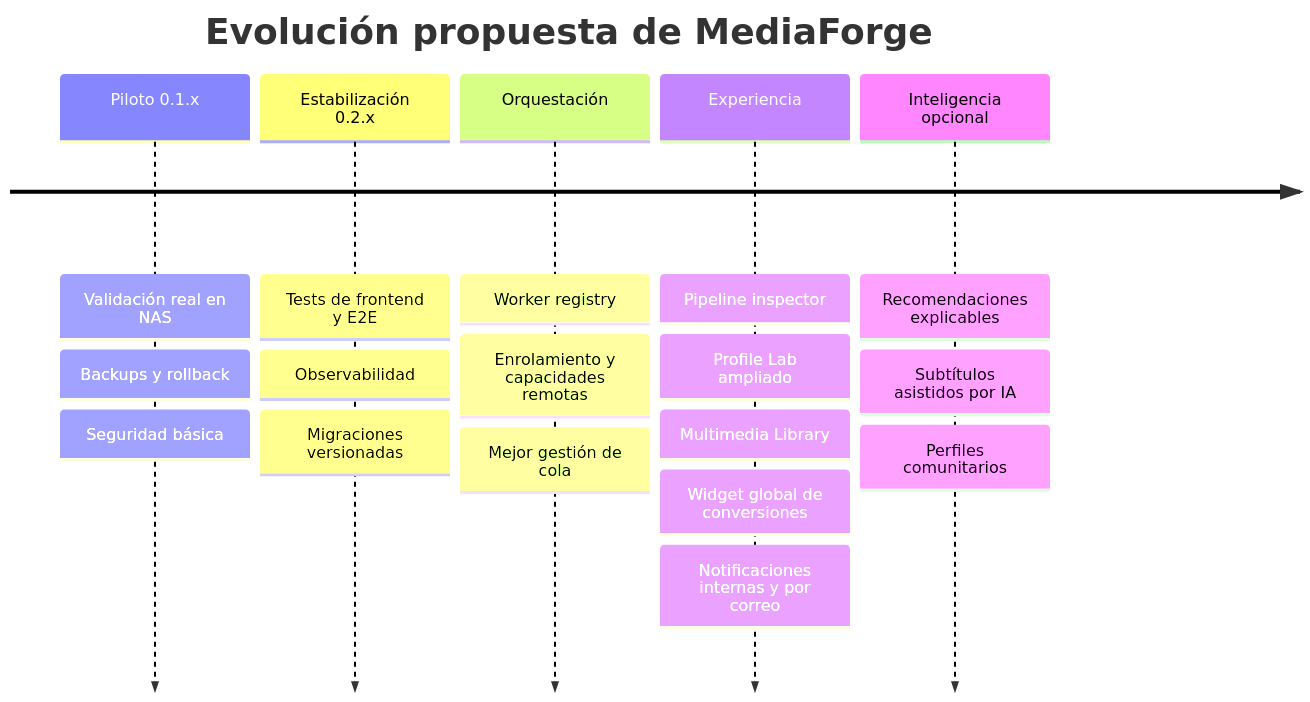
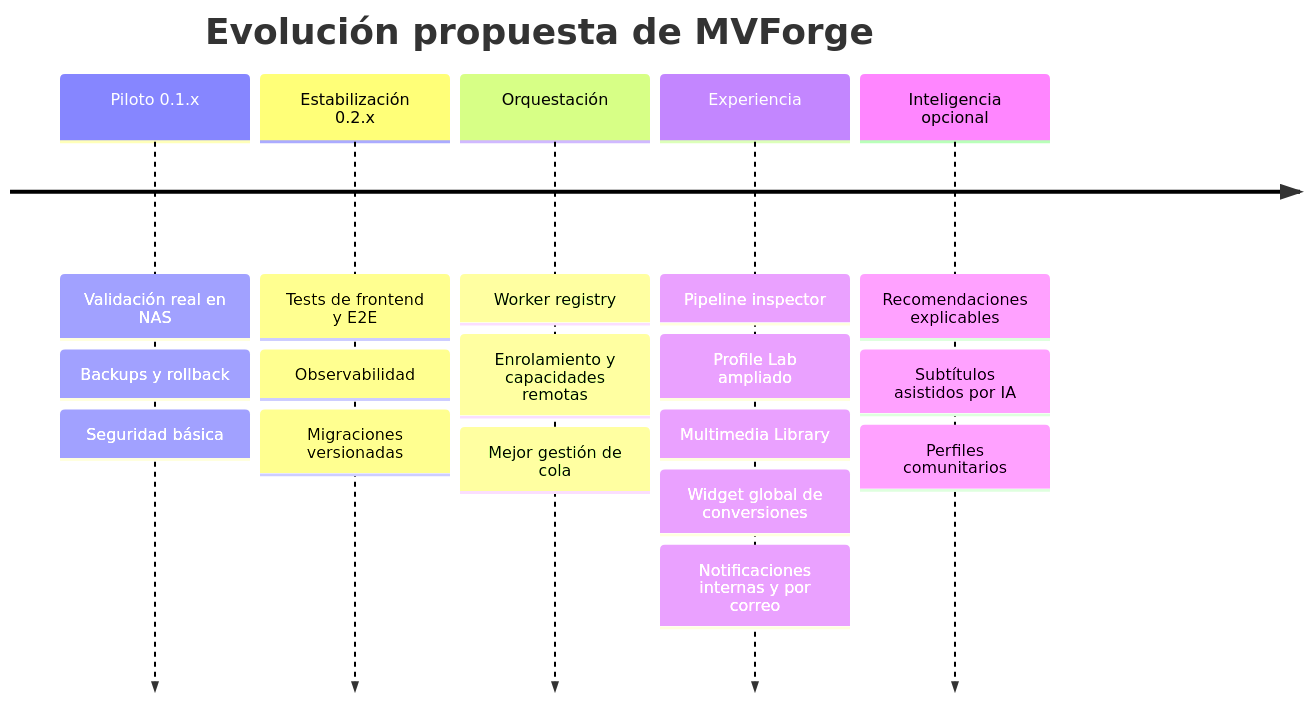
The diagram in docs/roadmap/README.md (xxmenioxx/mediaforge), drawn with Mermaid before and after one commit. The commit also changed other lines of this file and 115 other files, not shown here.

Commit message:
feat: rename MediaForge to MVForge

````diff
--- a/docs/roadmap/README.md
+++ b/docs/roadmap/README.md
@@ -7,21 +7,21 @@
 ```mermaid
 timeline
-    title Evolución propuesta de MediaForge
+    title Evolución propuesta de MVForge
     Piloto 0.1.x : Validación real en NAS
                  : Backups y rollback
                  : Seguridad básica
     Estabilización 0.2.x : Tests de frontend y E2E
                          : Observabilidad
                          : Migraciones versionadas
     Orquestación : Worker registry
                  : Enrolamiento y capacidades remotas
                  : Mejor gestión de cola
     Experiencia : Pipeline inspector
                 : Profile Lab ampliado
                 : Multimedia Library
                 : Widget global de conversiones
                 : Notificaciones internas y por correo
     Inteligencia opcional : Recomendaciones explicables
                            : Subtítulos asistidos por IA
                            : Perfiles comunitarios
 ```
````
